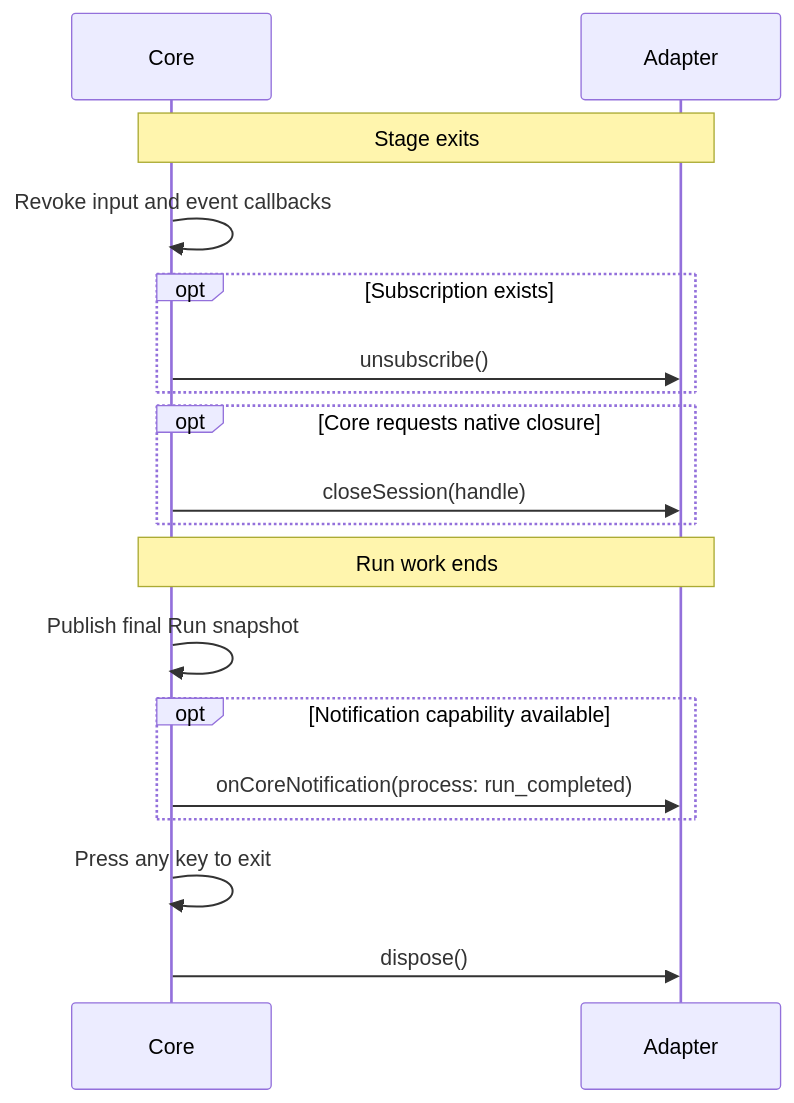
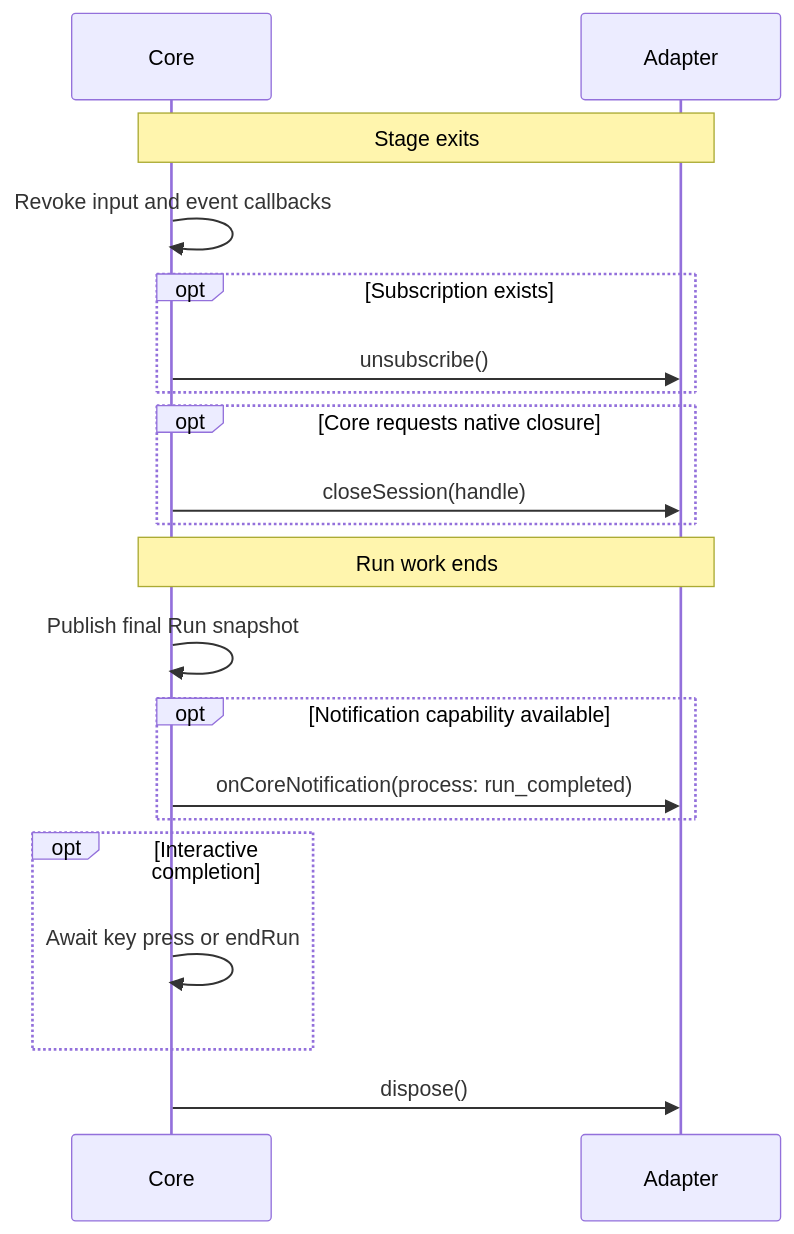
The sixth of 6 diagrams in docs/terminal-contract.md (BuddyLabsCo/issue-runner-core), drawn with Mermaid before and after one commit. The commit also changed other lines of this file, not shown here.

Commit message:
docs: unify Run cancellation and exit under endRun

````diff
--- a/docs/terminal-contract.md
+++ b/docs/terminal-contract.md
@@ -506,20 +506,22 @@
 ```mermaid
 sequenceDiagram
     participant Core
     participant Adapter
     Note over Core,Adapter: Stage exits
     Core->>Core: Revoke input and event callbacks
     opt Subscription exists
         Core->>Adapter: unsubscribe()
     end
     opt Core requests native closure
         Core->>Adapter: closeSession(handle)
     end
     Note over Core,Adapter: Run work ends
     Core->>Core: Publish final Run snapshot
     opt Notification capability available
         Core->>Adapter: onCoreNotification(process: run_completed)
     end
-    Core->>Core: Press any key to exit
+    opt Interactive completion
+        Core->>Core: Await key press or endRun
+    end
     Core->>Adapter: dispose()
 ```
````
